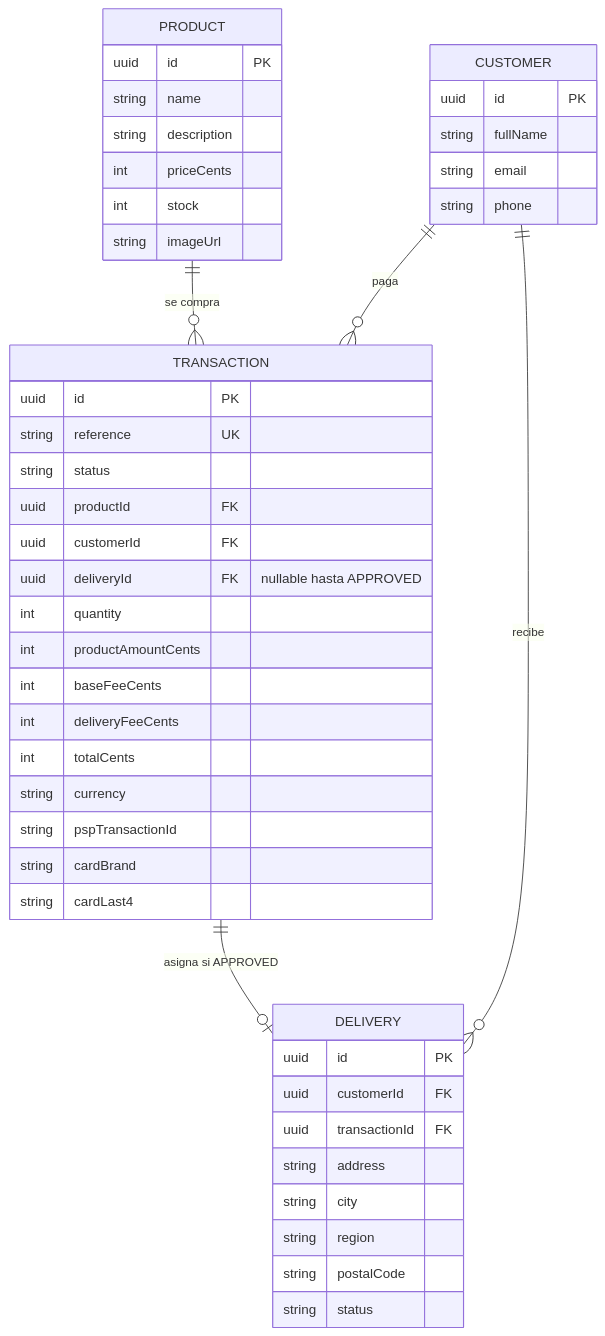
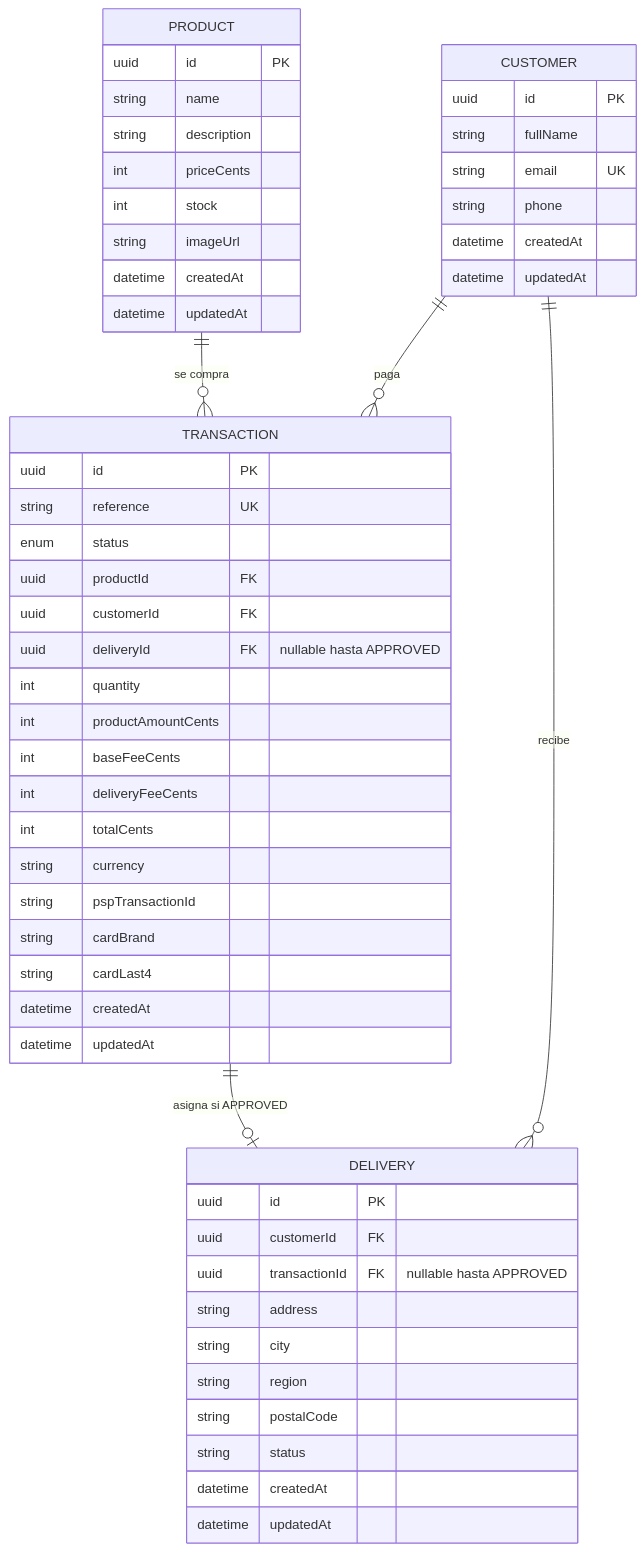
The diagram in docs/data-model.md (Juancho2406/payment-checkout-fullstack), drawn with Mermaid before and after one commit. The commit also changed other lines of this file and 5 other files, not shown here.

````diff
--- a/docs/data-model.md
+++ b/docs/data-model.md
@@ -9,49 +9,57 @@
 ```mermaid
 erDiagram
   PRODUCT ||--o{ TRANSACTION : "se compra"
   CUSTOMER ||--o{ TRANSACTION : "paga"
   CUSTOMER ||--o{ DELIVERY : "recibe"
   TRANSACTION ||--o| DELIVERY : "asigna si APPROVED"
 
   PRODUCT {
     uuid id PK
     string name
     string description
     int priceCents
     int stock
     string imageUrl
+    datetime createdAt
+    datetime updatedAt
   }
   CUSTOMER {
     uuid id PK
     string fullName
-    string email
+    string email UK
     string phone
+    datetime createdAt
+    datetime updatedAt
   }
   TRANSACTION {
     uuid id PK
     string reference UK
-    string status
+    enum status
     uuid productId FK
     uuid customerId FK
     uuid deliveryId FK "nullable hasta APPROVED"
     int quantity
     int productAmountCents
     int baseFeeCents
     int deliveryFeeCents
     int totalCents
     string currency
     string pspTransactionId
     string cardBrand
     string cardLast4
+    datetime createdAt
+    datetime updatedAt
   }
   DELIVERY {
     uuid id PK
     uuid customerId FK
-    uuid transactionId FK
+    uuid transactionId FK "nullable hasta APPROVED"
     string address
     string city
     string region
     string postalCode
     string status
+    datetime createdAt
+    datetime updatedAt
   }
 ```
````
